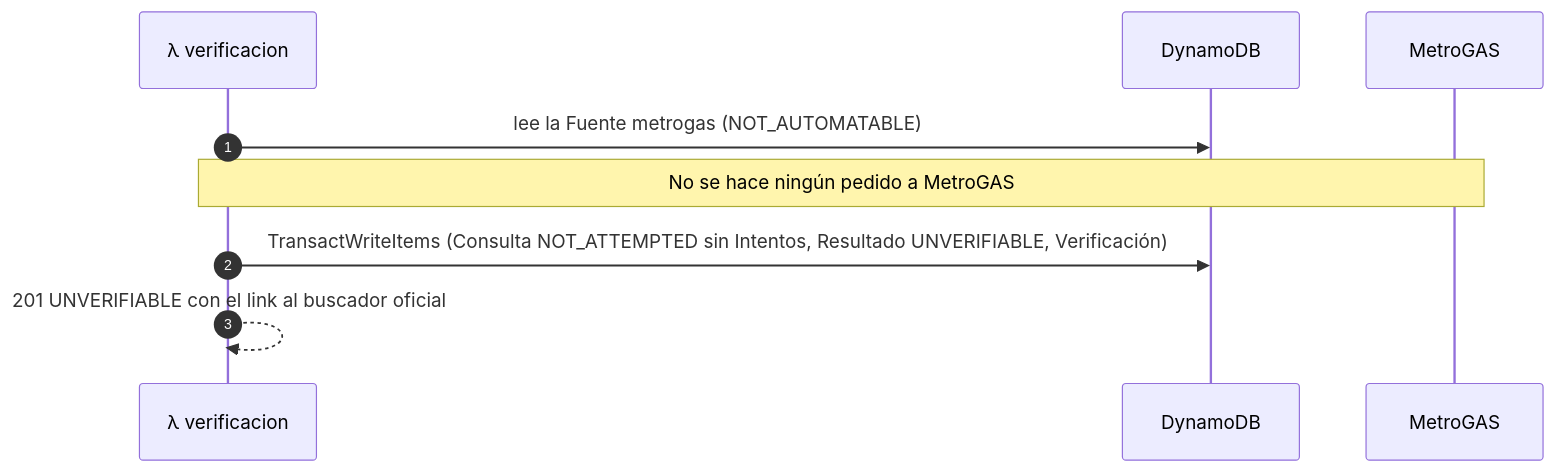
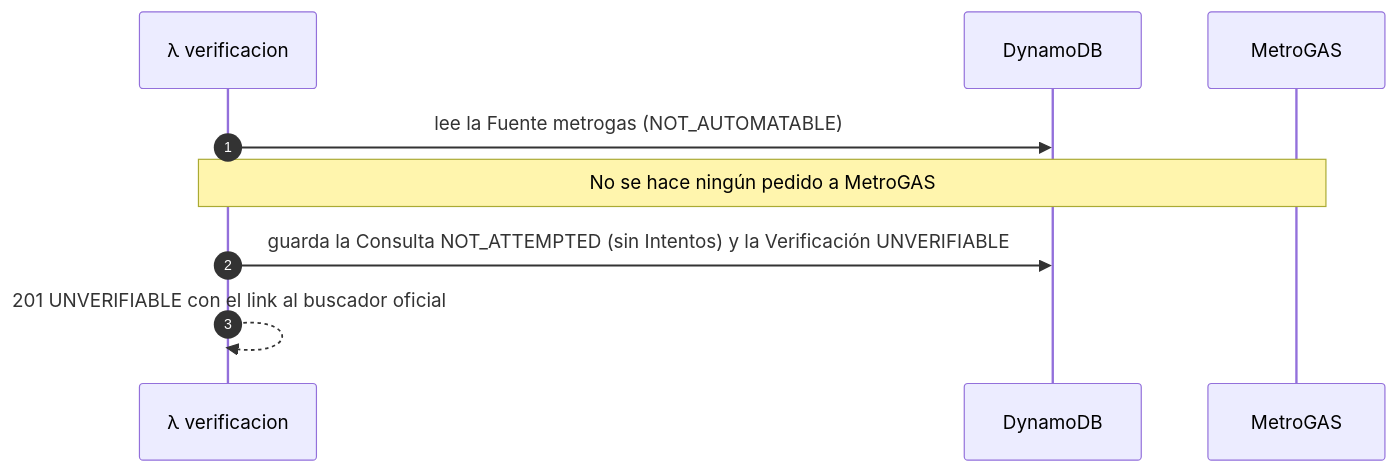
The fourth of 5 diagrams in docs/api.md (IvanDaniliuk01/MatriculAR), drawn with Mermaid before and after one commit. The commit also changed other lines of this file and 8 other files, not shown here.

````diff
--- a/docs/api.md
+++ b/docs/api.md
@@ -508,12 +508,12 @@
 ```mermaid
 sequenceDiagram
     autonumber
     participant L as λ verificacion
     participant D as DynamoDB
     participant M as MetroGAS
 
     L->>D: lee la Fuente metrogas (NOT_AUTOMATABLE)
     Note over L,M: No se hace ningún pedido a MetroGAS
-    L->>D: TransactWriteItems (Consulta NOT_ATTEMPTED sin Intentos, Resultado UNVERIFIABLE, Verificación)
+    L->>D: guarda la Consulta NOT_ATTEMPTED (sin Intentos) y la Verificación UNVERIFIABLE
     L-->>L: 201 UNVERIFIABLE con el link al buscador oficial
 ```
````
